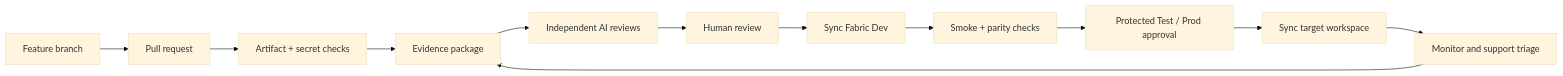
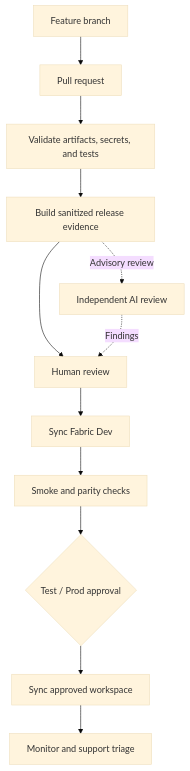
One commit to Fabric-AI-BI-Best-practice/Fabric-and-ADO-skills changed the diagram in README.md. Above: the diagram before and after it, drawn with Mermaid (base theme). The commit also changed other lines of this file, not shown here.

Commit message:
Fix README release flow diagram
Replace the overly wide, looping Mermaid chart with a compact vertical release flow. Show AI review as advisory and make stop conditions explicit.

```diff
--- a/README.md
+++ b/README.md
@@ -9,14 +13,15 @@
 ~~~mermaid
-flowchart LR
+flowchart TB
   A[Feature branch] --> B[Pull request]
-  B --> C[Artifact + secret checks]
-  C --> D[Evidence package]
-  D --> E[Independent AI reviews]
-  E --> F[Human review]
-  F --> G[Sync Fabric Dev]
-  G --> H[Smoke + parity checks]
-  H --> I[Protected Test / Prod approval]
-  I --> J[Sync target workspace]
-  J --> K[Monitor and support triage]
-  K --> D
+  B --> C[Validate artifacts, secrets, and tests]
+  C --> D[Build sanitized release evidence]
+  D --> E[Human review]
+  E --> F[Sync Fabric Dev]
+  F --> G[Smoke and parity checks]
+  G --> H{Test / Prod approval}
+  H --> I[Sync approved workspace]
+  I --> J[Monitor and support triage]
+
+  D -. Advisory review .-> K[Independent AI review]
+  K -. Findings .-> E
 ~~~
```
